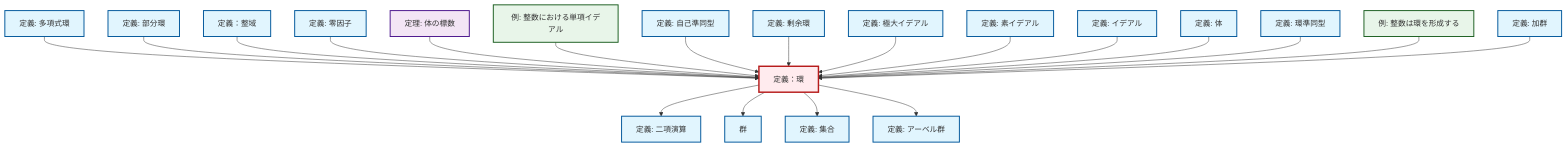
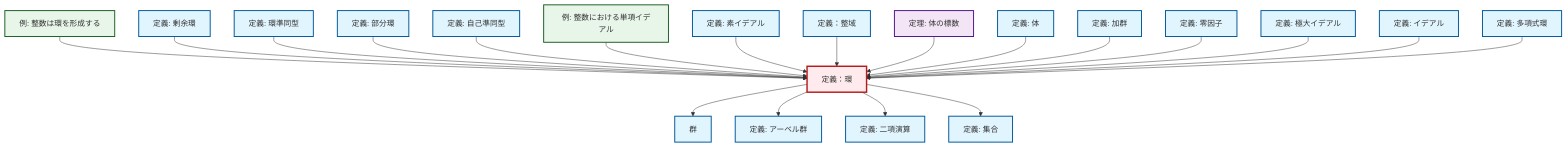
One commit to RK0429/ModernMath changed the diagram in content/ja/algebra/def-ring.qmd. Above: the diagram before and after it, drawn with Mermaid. The commit also changed other lines of this file and 1012 other files, not shown here.

````diff
--- a/content/ja/algebra/def-ring.qmd
+++ b/content/ja/algebra/def-ring.qmd
@@ -63,68 +63,68 @@
 ```{mermaid}
 %%| fig-cap: "Local dependency graph"
 graph TD
     classDef definition fill:#e1f5fe,stroke:#01579b,stroke-width:2px
     classDef theorem fill:#f3e5f5,stroke:#4a148c,stroke-width:2px
     classDef axiom fill:#fff3e0,stroke:#e65100,stroke-width:2px
     classDef example fill:#e8f5e9,stroke:#1b5e20,stroke-width:2px
     classDef current fill:#ffebee,stroke:#b71c1c,stroke-width:3px
+    def-endomorphism["定義: 自己準同型"]:::definition
+    ex-integers-ring["例: 整数は環を形成する"]:::example
+    def-ring["定義：環"]:::definition
+    def-ring-homomorphism["定義: 環準同型"]:::definition
+    def-maximal-ideal["定義: 極大イデアル"]:::definition
+    ex-principal-ideal["例: 整数における単項イデアル"]:::example
+    def-set["定義: 集合"]:::definition
+    def-field["定義: 体"]:::definition
+    def-subring["定義: 部分環"]:::definition
     def-module["定義: 加群"]:::definition
+    thm-field-characteristic["定理: 体の標数"]:::theorem
+    def-prime-ideal["定義: 素イデアル"]:::definition
+    def-abelian-group["定義: アーベル群"]:::definition
+    def-quotient-ring["定義: 剰余環"]:::definition
+    def-binary-operation["定義: 二項演算"]:::definition
     def-polynomial-ring["定義: 多項式環"]:::definition
-    def-binary-operation["定義: 二項演算"]:::definition
-    def-ring["定義：環"]:::definition
-    ex-principal-ideal["例: 整数における単項イデアル"]:::example
-    def-abelian-group["定義: アーベル群"]:::definition
-    thm-field-characteristic["定理: 体の標数"]:::theorem
-    def-subring["定義: 部分環"]:::definition
-    ex-integers-ring["例: 整数は環を形成する"]:::example
+    def-integral-domain["定義：整域"]:::definition
     def-ideal["定義: イデアル"]:::definition
-    def-quotient-ring["定義: 剰余環"]:::definition
-    def-ring-homomorphism["定義: 環準同型"]:::definition
-    def-integral-domain["定義：整域"]:::definition
-    def-endomorphism["定義: 自己準同型"]:::definition
+    def-group["群"]:::definition
     def-zero-divisor["定義: 零因子"]:::definition
-    def-set["定義: 集合"]:::definition
-    def-maximal-ideal["定義: 極大イデアル"]:::definition
-    def-prime-ideal["定義: 素イデアル"]:::definition
-    def-field["定義: 体"]:::definition
-    def-group["群"]:::definition
-    def-polynomial-ring --> def-ring
+    ex-integers-ring --> def-ring
+    def-quotient-ring --> def-ring
+    def-ring-homomorphism --> def-ring
     def-subring --> def-ring
+    def-endomorphism --> def-ring
+    ex-principal-ideal --> def-ring
+    def-prime-ideal --> def-ring
     def-integral-domain --> def-ring
+    def-ring --> def-group
+    thm-field-characteristic --> def-ring
+    def-field --> def-ring
+    def-ring --> def-abelian-group
+    def-module --> def-ring
     def-ring --> def-binary-operation
     def-zero-divisor --> def-ring
-    thm-field-characteristic --> def-ring
-    ex-principal-ideal --> def-ring
-    def-endomorphism --> def-ring
-    def-quotient-ring --> def-ring
-    def-ring --> def-group
     def-maximal-ideal --> def-ring
+    def-ideal --> def-ring
     def-ring --> def-set
-    def-ring --> def-abelian-group
-    def-prime-ideal --> def-ring
-    def-ideal --> def-ring
-    def-field --> def-ring
-    def-ring-homomorphism --> def-ring
-    ex-integers-ring --> def-ring
-    def-module --> def-ring
+    def-polynomial-ring --> def-ring
     class def-ring current
+    click def-endomorphism "def-endomorphism.html" "自己準同型の定義へ"
+    click ex-integers-ring "ex-integers-ring.html" "整数は環を形成するの例へ"
+    click def-ring-homomorphism "def-ring-homomorphism.html" "環準同型の定義へ"
+    click def-maximal-ideal "def-maximal-ideal.html" "極大イデアルの定義へ"
+    click ex-principal-ideal "ex-principal-ideal.html" "整数における単項イデアルの例へ"
+    click def-set "def-set.html" "集合の定義へ"
+    click def-field "def-field.html" "体の定義へ"
+    click def-subring "def-subring.html" "部分環の定義へ"
     click def-module "def-module.html" "加群の定義へ"
+    click thm-field-characteristic "thm-field-characteristic.html" "体の標数の定理へ"
+    click def-prime-ideal "def-prime-ideal.html" "素イデアルの定義へ"
+    click def-abelian-group "def-abelian-group.html" "アーベル群の定義へ"
+    click def-quotient-ring "def-quotient-ring.html" "剰余環の定義へ"
+    click def-binary-operation "def-binary-operation.html" "二項演算の定義へ"
     click def-polynomial-ring "def-polynomial-ring.html" "多項式環の定義へ"
-    click def-binary-operation "def-binary-operation.html" "二項演算の定義へ"
-    click ex-principal-ideal "ex-principal-ideal.html" "整数における単項イデアルの例へ"
-    click def-abelian-group "def-abelian-group.html" "アーベル群の定義へ"
-    click thm-field-characteristic "thm-field-characteristic.html" "体の標数の定理へ"
-    click def-subring "def-subring.html" "部分環の定義へ"
-    click ex-integers-ring "ex-integers-ring.html" "整数は環を形成するの例へ"
+    click def-integral-domain "def-integral-domain.html" "定義：整域へ"
     click def-ideal "def-ideal.html" "イデアルの定義へ"
-    click def-quotient-ring "def-quotient-ring.html" "剰余環の定義へ"
-    click def-ring-homomorphism "def-ring-homomorphism.html" "環準同型の定義へ"
-    click def-integral-domain "def-integral-domain.html" "定義：整域へ"
-    click def-endomorphism "def-endomorphism.html" "自己準同型の定義へ"
+    click def-group "def-group.html" "群へ"
     click def-zero-divisor "def-zero-divisor.html" "零因子の定義へ"
-    click def-set "def-set.html" "集合の定義へ"
-    click def-maximal-ideal "def-maximal-ideal.html" "極大イデアルの定義へ"
-    click def-prime-ideal "def-prime-ideal.html" "素イデアルの定義へ"
-    click def-field "def-field.html" "体の定義へ"
-    click def-group "def-group.html" "群へ"
 ```
````
